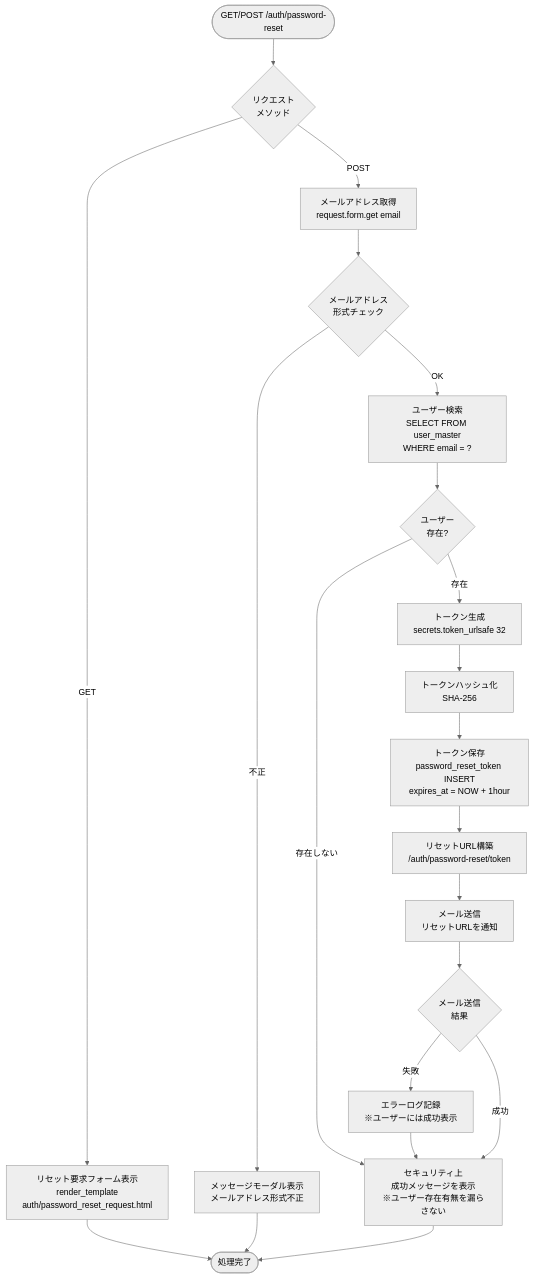
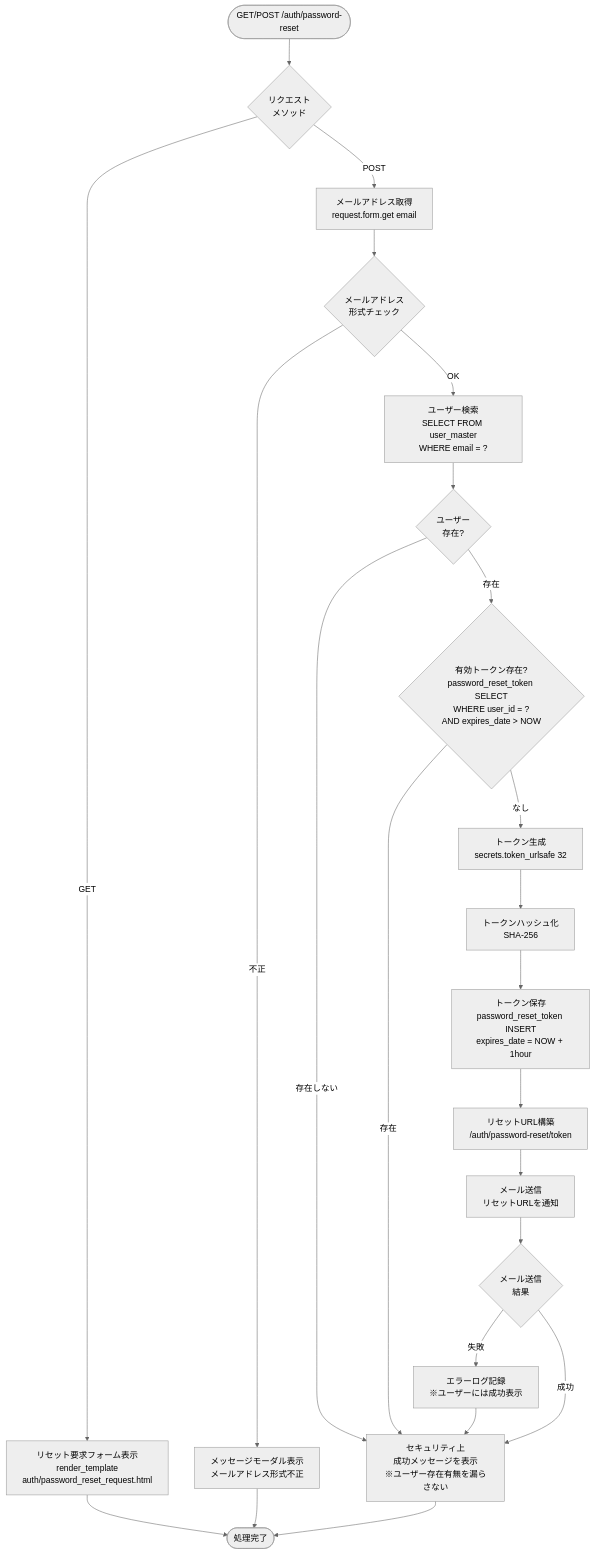
The third of 4 diagrams in docs/03-features/common/authentication-specification.md (NSW-SVCP-AIWG002/Databricks-IoT), drawn with Mermaid (neutral theme) before and after one commit. The commit also changed other lines of this file and 1 other file, not shown here.

Commit message:
認証設計レビュー指摘事項修正＋ユーザー管理追加指摘 095: OLTP.user_masterへのデータ操作明記修正

````diff
--- a/docs/03-features/common/authentication-specification.md
+++ b/docs/03-features/common/authentication-specification.md
@@ -1714,32 +1711,35 @@
 ```mermaid
 flowchart TD
     Start([GET/POST /auth/password-reset]) --> CheckMethod{リクエスト<br>メソッド}
 
     CheckMethod -->|GET| ShowResetForm[リセット要求フォーム表示<br>render_template<br>auth/password_reset_request.html]
     ShowResetForm --> End1([処理完了])
 
     CheckMethod -->|POST| GetEmail[メールアドレス取得<br>request.form.get email]
     GetEmail --> ValidateEmail{メールアドレス<br>形式チェック}
 
     ValidateEmail -->|不正| ShowFormErr[メッセージモーダル表示<br>メールアドレス形式不正]
     ShowFormErr --> End1
 
     ValidateEmail -->|OK| FindUser[ユーザー検索<br>SELECT FROM user_master<br>WHERE email = ?]
     FindUser --> CheckUser{ユーザー<br>存在?}
 
     CheckUser -->|存在しない| ShowSuccess[セキュリティ上<br>成功メッセージを表示<br>※ユーザー存在有無を漏らさない]
     ShowSuccess --> End1
 
-    CheckUser -->|存在| GenToken[トークン生成<br>secrets.token_urlsafe 32]
+    CheckUser -->|存在| CheckExistingToken{有効トークン存在?<br>password_reset_token SELECT<br>WHERE user_id = ?<br>AND expires_date > NOW}
+
+    CheckExistingToken -->|存在| ShowSuccess
+    CheckExistingToken -->|なし| GenToken[トークン生成<br>secrets.token_urlsafe 32]
     GenToken --> HashToken[トークンハッシュ化<br>SHA-256]
-    HashToken --> SaveToken[トークン保存<br>password_reset_token INSERT<br>expires_at = NOW + 1hour]
+    HashToken --> SaveToken[トークン保存<br>password_reset_token INSERT<br>expires_date = NOW + 1hour]
 
     SaveToken --> BuildURL[リセットURL構築<br>/auth/password-reset/token]
     BuildURL --> SendEmail[メール送信<br>リセットURLを通知]
 
     SendEmail --> CheckEmail{メール送信<br>結果}
 
     CheckEmail -->|失敗| LogError[エラーログ記録<br>※ユーザーには成功表示]
     LogError --> ShowSuccess
     CheckEmail -->|成功| ShowSuccess
 ```
````
